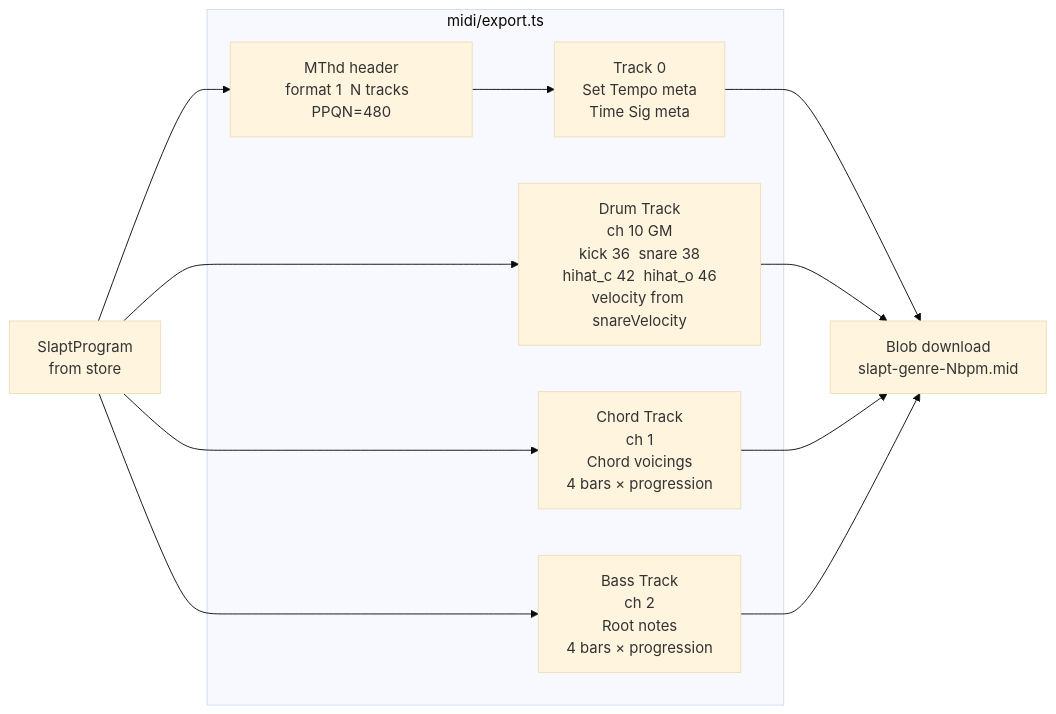
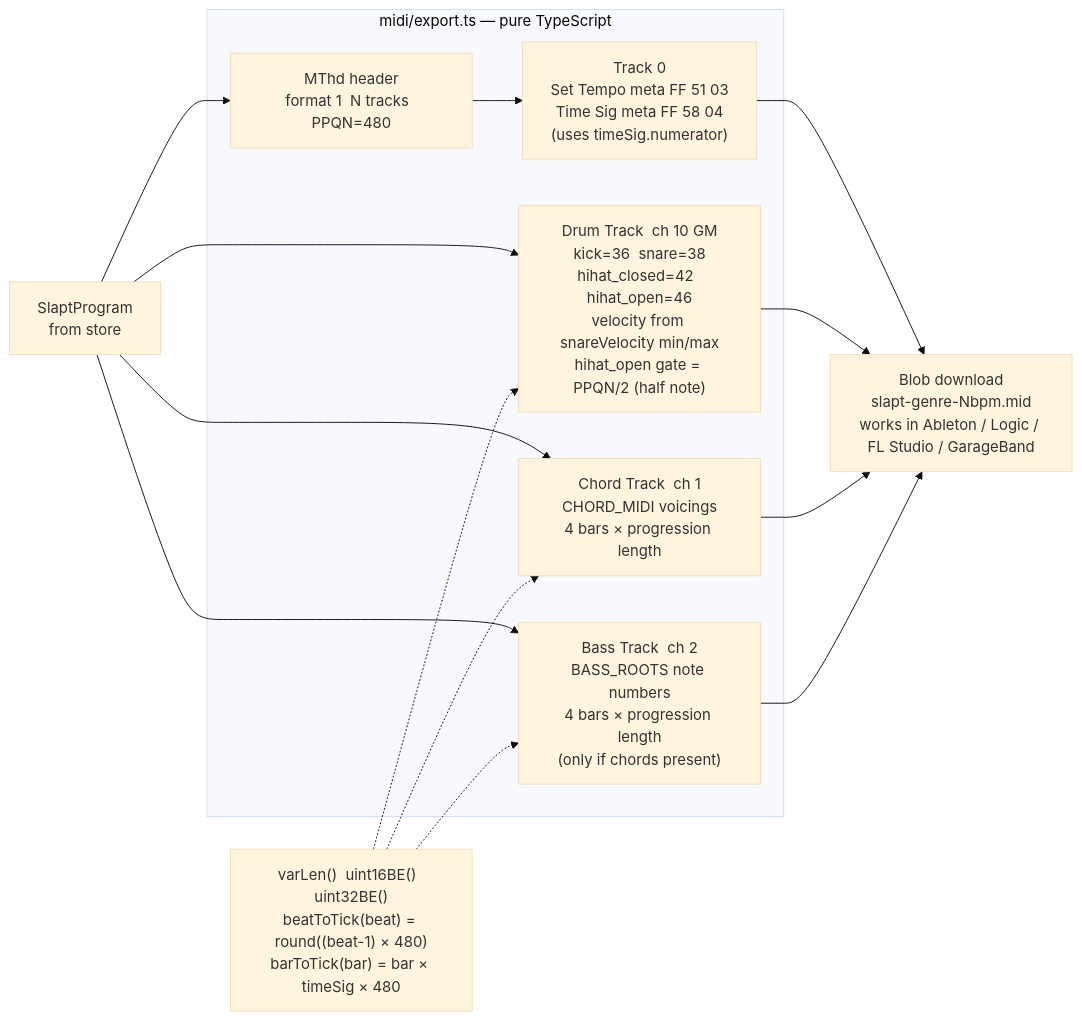
Before and after one commit to souvik03-136/SLAPT: the seventh of 9 diagrams in docs/DOCUMENTATION.md, drawn with Mermaid (base theme). The commit also changed other lines of this file and 2 other files, not shown here.

````diff
--- a/docs/DOCUMENTATION.md
+++ b/docs/DOCUMENTATION.md
@@ -213,20 +247,23 @@
 ```mermaid
 flowchart LR
     PROG["SlaptProgram\nfrom store"]
 
-    subgraph MIDI["midi/export.ts"]
+    subgraph MIDI["midi/export.ts — pure TypeScript"]
         H["MThd header\nformat 1  N tracks  PPQN=480"]
-        T0["Track 0\nSet Tempo meta\nTime Sig meta"]
-        TD["Drum Track\nch 10 GM\nkick 36  snare 38\nhihat_c 42  hihat_o 46\nvelocity from snareVelocity"]
-        TC["Chord Track\nch 1\nChord voicings\n4 bars × progression"]
-        TB["Bass Track\nch 2\nRoot notes\n4 bars × progression"]
+        T0["Track 0\nSet Tempo meta FF 51 03\nTime Sig meta FF 58 04\n(uses timeSig.numerator)"]
+        TD["Drum Track  ch 10 GM\nkick=36  snare=38\nhihat_closed=42  hihat_open=46\nvelocity from snareVelocity min/max\nhihat_open gate = PPQN/2 (half note)"]
+        TC["Chord Track  ch 1\nCHORD_MIDI voicings\n4 bars × progression length"]
+        TB["Bass Track  ch 2\nBASS_ROOTS note numbers\n4 bars × progression length\n(only if chords present)"]
     end
 
-    DL["Blob download\nslapt-genre-Nbpm.mid"]
+    HELPERS["varLen()  uint16BE()  uint32BE()\nbeatToTick(beat) = round((beat-1) × 480)\nbarToTick(bar) = bar × timeSig × 480"]
+
+    DL["Blob download\nslapt-genre-Nbpm.mid\nworks in Ableton / Logic / FL Studio / GarageBand"]
 
     PROG --> H --> T0
     PROG --> TD
     PROG --> TC
     PROG --> TB
     T0 & TD & TC & TB --> DL
+    HELPERS -.-> TD & TC & TB
 ```
````
